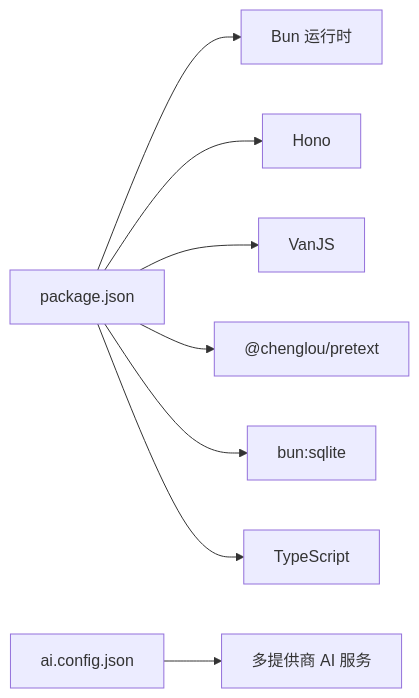
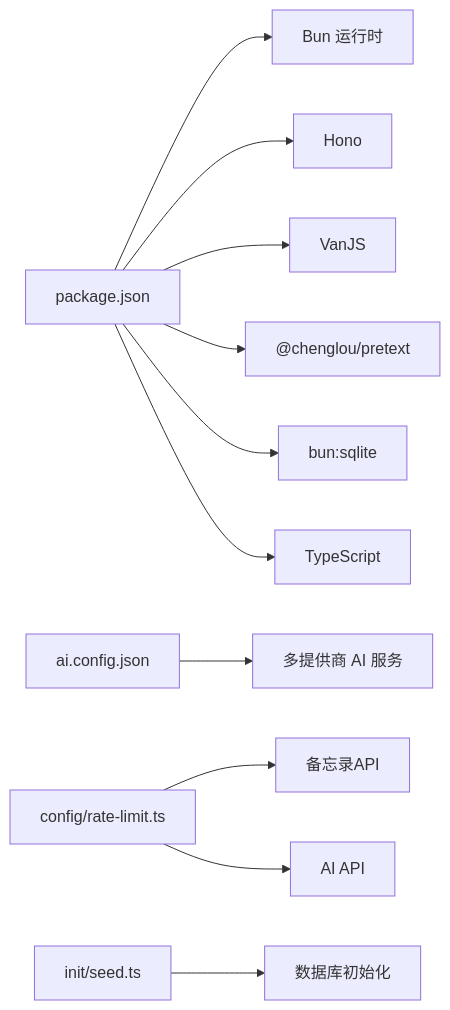
Before and after one commit to BlackBoxRecorder/memos: diagram 11 of 11 in .qoder/repowiki/zh/content/开发指南/开发指南.md, drawn with Mermaid. The commit also changed other lines of this file and 7 other files, not shown here.

````diff
--- a/.qoder/repowiki/zh/content/开发指南/开发指南.md
+++ b/.qoder/repowiki/zh/content/开发指南/开发指南.md
@@ -352,10 +461,13 @@
 ```mermaid
 graph LR
 P["package.json"] --> Bun["Bun 运行时"]
 P --> Hono["Hono"]
 P --> Van["VanJS"]
 P --> Pretext["@chenglou/pretext"]
 P --> Sqlite["bun:sqlite"]
 P --> Typescript["TypeScript"]
 CFG["ai.config.json"] --> Providers["多提供商 AI 服务"]
+RL["config/rate-limit.ts"] --> MemosAPI["备忘录API"]
+RL --> AIAPI["AI API"]
+SD["init/seed.ts"] --> DB["数据库初始化"]
 ```
````
